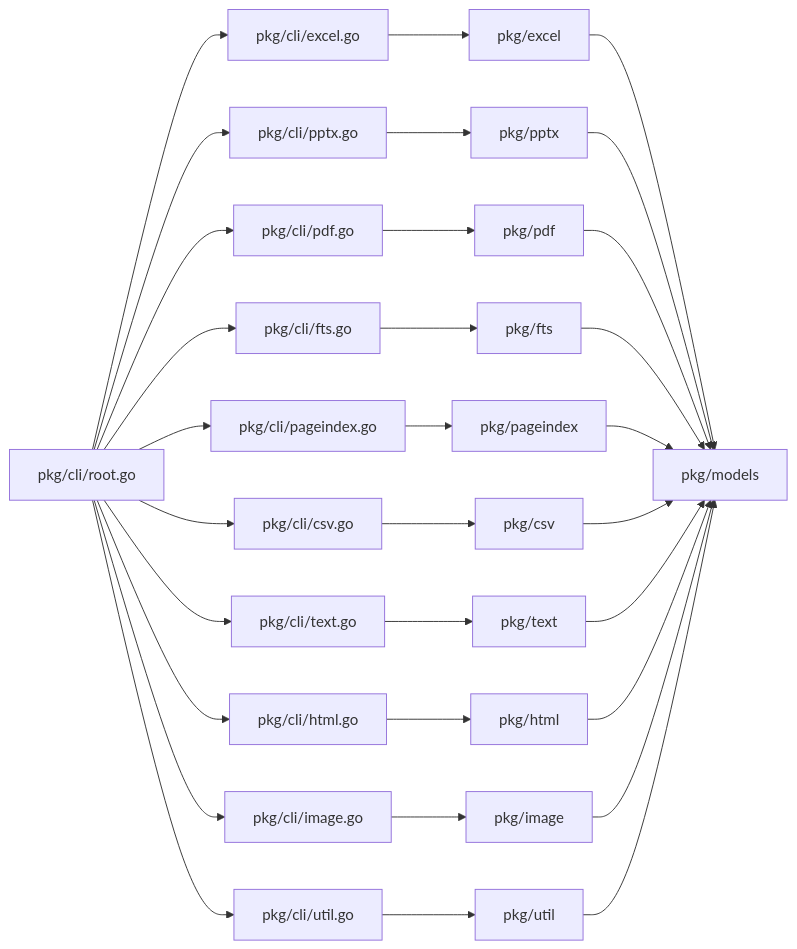
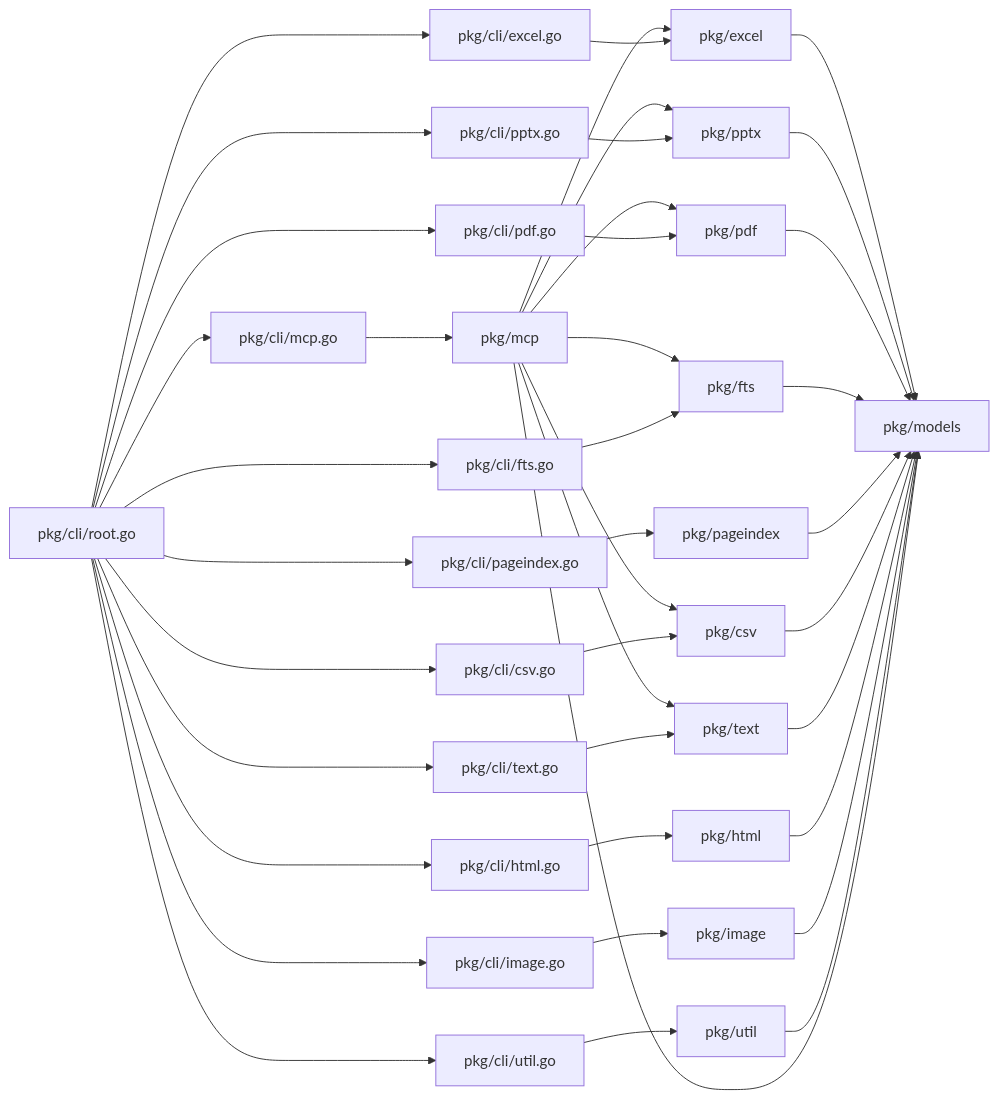
Before and after one commit to snaga/doctools-cli: the fourth of 4 diagrams in doc/design.md, drawn with Mermaid. The commit also changed other lines of this file and 4 other files, not shown here.

````diff
--- a/doc/design.md
+++ b/doc/design.md
@@ -394,26 +494,35 @@
 ```mermaid
 graph LR
     RootCmd["pkg/cli/root.go"] --> ExcelCmd["pkg/cli/excel.go"]
     RootCmd --> PPTXCmd["pkg/cli/pptx.go"]
     RootCmd --> PDFCmd["pkg/cli/pdf.go"]
     RootCmd --> FTSCmd["pkg/cli/fts.go"]
     RootCmd --> PICmd["pkg/cli/pageindex.go"]
     RootCmd --> CSVCmd["pkg/cli/csv.go"]
     RootCmd --> TextCmd["pkg/cli/text.go"]
     RootCmd --> HTMLCmd["pkg/cli/html.go"]
     RootCmd --> ImageCmd["pkg/cli/image.go"]
     RootCmd --> UtilCmd["pkg/cli/util.go"]
+    RootCmd --> MCPCmd["pkg/cli/mcp.go"]
     
-    ExcelCmd --> ExcelSvc["pkg/excel"]
-    PPTXCmd --> PPTXSvc["pkg/pptx"]
-    PDFCmd --> PDFSvc["pkg/pdf"]
-    FTSCmd --> FTSSvc["pkg/fts"]
+    MCPCmd --> MCPSvc["pkg/mcp"]
+    MCPSvc --> ExcelSvc["pkg/excel"]
+    MCPSvc --> PPTXSvc["pkg/pptx"]
+    MCPSvc --> PDFSvc["pkg/pdf"]
+    MCPSvc --> FTSSvc["pkg/fts"]
+    MCPSvc --> CSVSvc["pkg/csv"]
+    MCPSvc --> TextSvc["pkg/text"]
+
+    ExcelCmd --> ExcelSvc
+    PPTXCmd --> PPTXSvc
+    PDFCmd --> PDFSvc
+    FTSCmd --> FTSSvc
     PICmd --> PISvc["pkg/pageindex"]
-    CSVCmd --> CSVSvc["pkg/csv"]
-    TextCmd --> TextSvc["pkg/text"]
+    CSVCmd --> CSVSvc
+    TextCmd --> TextSvc
     HTMLCmd --> HTMLSvc["pkg/html"]
     ImageCmd --> ImageSvc["pkg/image"]
     UtilCmd --> UtilSvc["pkg/util"]
 
-    ExcelSvc & PPTXSvc & PDFSvc & FTSSvc & PISvc & CSVSvc & TextSvc & HTMLSvc & ImageSvc & UtilSvc --> ModelsPkg["pkg/models"]
+    ExcelSvc & PPTXSvc & PDFSvc & FTSSvc & PISvc & CSVSvc & TextSvc & HTMLSvc & ImageSvc & UtilSvc & MCPSvc --> ModelsPkg["pkg/models"]
 ```
````
